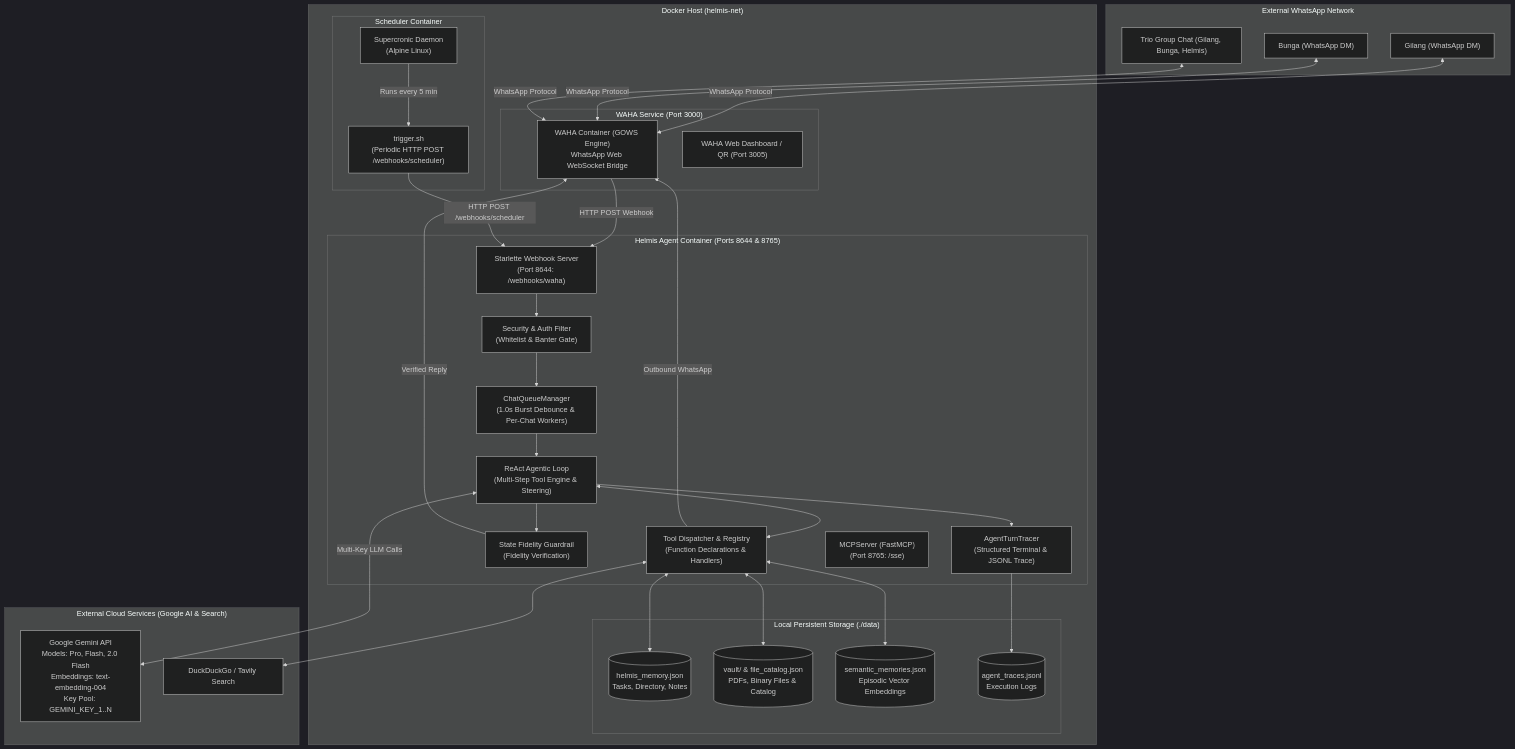
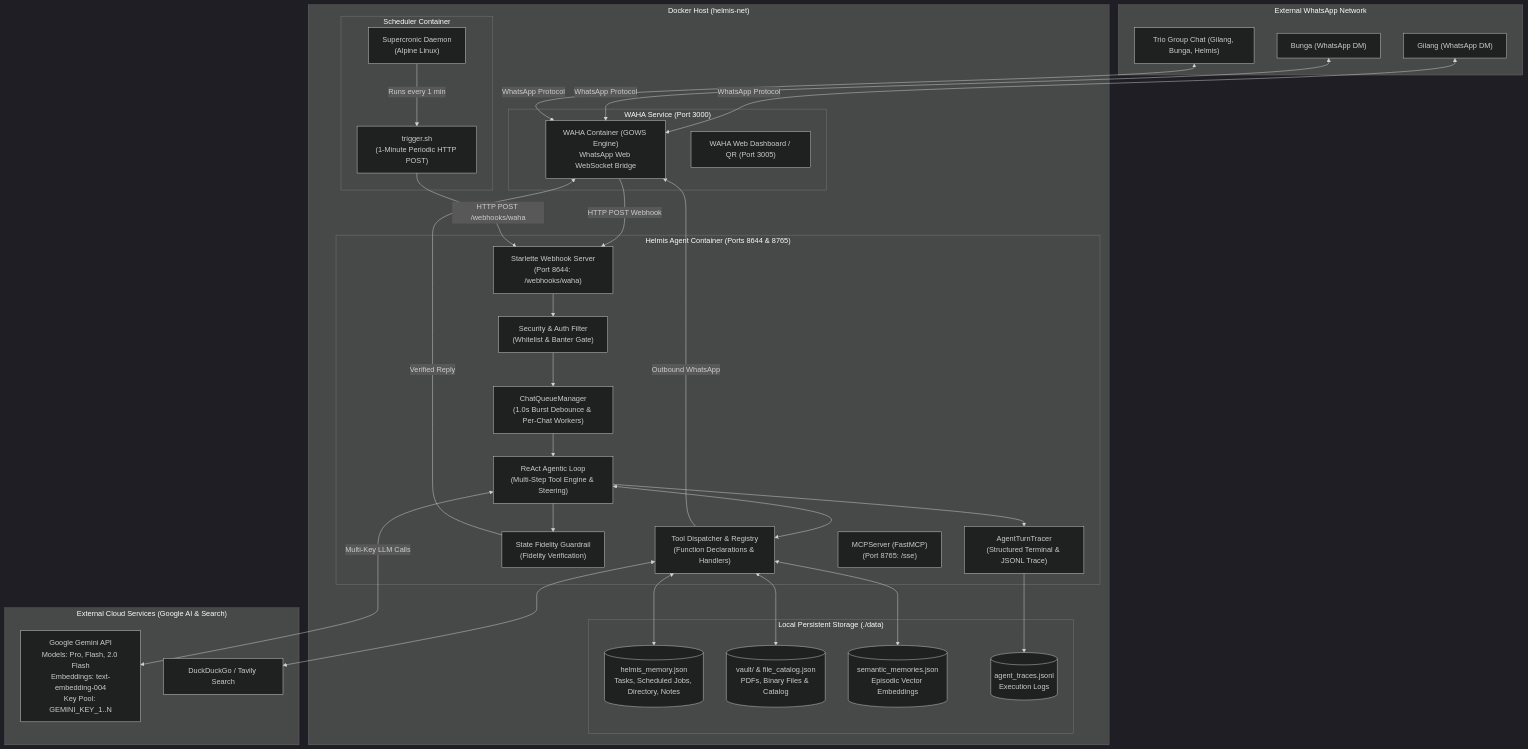
The first of 2 diagrams in docs/ARCHITECTURE.md (gimigkk/Helmis), drawn with Mermaid (dark theme) before and after one commit. The commit also changed other lines of this file and 16 other files, not shown here.

Commit message:
feat(proactive): implement polymorphic scheduled execution, 1-min cron, near-horizon timers, dynamic media routing, and updated docs

````diff
--- a/docs/ARCHITECTURE.md
+++ b/docs/ARCHITECTURE.md
@@ -11,66 +11,66 @@
 ```mermaid
 graph TD
     subgraph "External WhatsApp Network"
         UserG["Gilang (WhatsApp DM)"]
         UserB["Bunga (WhatsApp DM)"]
         GroupT["Trio Group Chat (Gilang, Bunga, Helmis)"]
     end
 
     subgraph "Docker Host (helmis-net)"
         subgraph "WAHA Service (Port 3000)"
             WAHA["WAHA Container (GOWS Engine)<br/>WhatsApp Web WebSocket Bridge"]
             WAHADash["WAHA Web Dashboard / QR (Port 3005)"]
         end
 
         subgraph "Helmis Agent Container (Ports 8644 & 8765)"
             WH["Starlette Webhook Server<br/>(Port 8644: /webhooks/waha)"]
             AuthF["Security & Auth Filter<br/>(Whitelist & Banter Gate)"]
             QueueMgr["ChatQueueManager<br/>(1.0s Burst Debounce & Per-Chat Workers)"]
             ReActLoop["ReAct Agentic Loop<br/>(Multi-Step Tool Engine & Steering)"]
             ToolDisp["Tool Dispatcher & Registry<br/>(Function Declarations & Handlers)"]
             Guardrail["State Fidelity Guardrail<br/>(Fidelity Verification)"]
             Tracer["AgentTurnTracer<br/>(Structured Terminal & JSONL Trace)"]
             MCP["MCPServer (FastMCP)<br/>(Port 8765: /sse)"]
         end
 
         subgraph "Scheduler Container"
             Cron["Supercronic Daemon<br/>(Alpine Linux)"]
-            Trigger["trigger.sh<br/>(Periodic HTTP POST /webhooks/scheduler)"]
+            Trigger["trigger.sh<br/>(1-Minute Periodic HTTP POST)"]
         end
 
         subgraph "Local Persistent Storage (./data)"
-            JSONStore[("helmis_memory.json<br/>Tasks, Directory, Notes")]
+            JSONStore[("helmis_memory.json<br/>Tasks, Scheduled Jobs, Directory, Notes")]
             VaultStore[("vault/ & file_catalog.json<br/>PDFs, Binary Files & Catalog")]
             VecStore[("semantic_memories.json<br/>Episodic Vector Embeddings")]
             TraceLog[("agent_traces.jsonl<br/>Execution Logs")]
         end
     end
 
     subgraph "External Cloud Services (Google AI & Search)"
         GeminiAPI["Google Gemini API<br/>Models: Pro, Flash, 2.0 Flash<br/>Embeddings: text-embedding-004<br/>Key Pool: GEMINI_KEY_1..N"]
         SearchAPI["DuckDuckGo / Tavily Search"]
     end
 
     UserG <-->|WhatsApp Protocol| WAHA
     UserB <-->|WhatsApp Protocol| WAHA
     GroupT <-->|WhatsApp Protocol| WAHA
 
     WAHA -->|HTTP POST Webhook| WH
-    Cron -->|Runs every 5 min| Trigger
-    Trigger -->|HTTP POST /webhooks/scheduler| WH
+    Cron -->|Runs every 1 min| Trigger
+    Trigger -->|HTTP POST /webhooks/waha| WH
 
     WH --> AuthF
     AuthF --> QueueMgr
     QueueMgr --> ReActLoop
     ReActLoop <-->|Multi-Key LLM Calls| GeminiAPI
     ReActLoop <--> ToolDisp
     ToolDisp <--> JSONStore
     ToolDisp <--> VaultStore
     ToolDisp <--> VecStore
     ToolDisp <--> SearchAPI
     ToolDisp -->|Outbound WhatsApp| WAHA
     ReActLoop --> Guardrail
     Guardrail -->|Verified Reply| WAHA
     ReActLoop --> Tracer
     Tracer --> TraceLog
 ```
````
